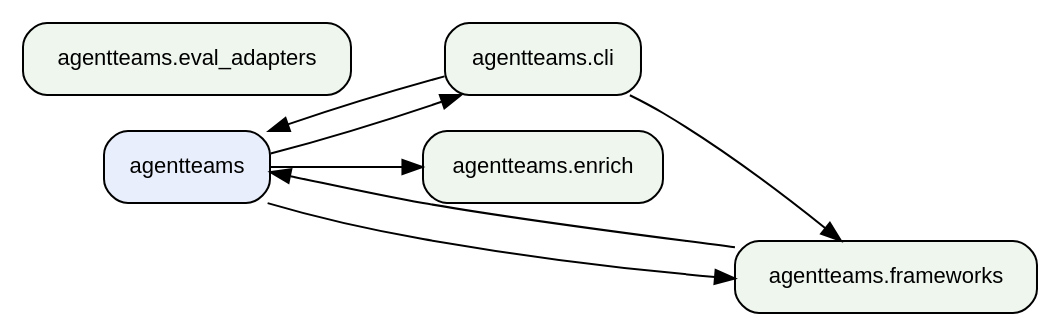
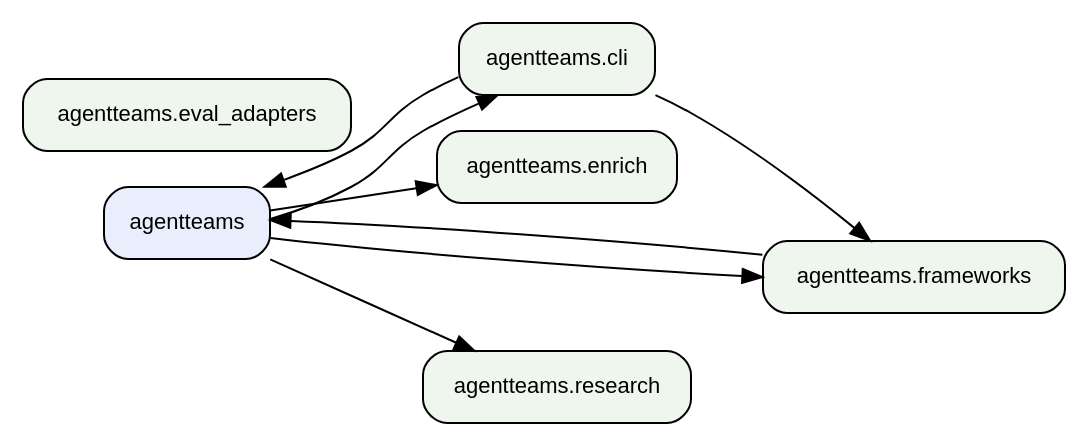
The second of 2 diagrams in references/architecture-graph.md (jlcatonjr/agentteams), drawn with Graphviz before and after one commit. The commit also changed other lines of this file and 21 other files, not shown here.

````diff
--- a/references/architecture-graph.md
+++ b/references/architecture-graph.md
@@ -175,18 +184,20 @@
 ```dot
 digraph "agentteams architecture" {
     rankdir=LR;
     node [fontname="Helvetica", fontsize=11, shape=box, style="rounded,filled", fillcolor="#eef6ee"];
     edge [fontsize=9];
     "agentteams" [fillcolor="#e8eefb"];
     "agentteams.cli" [fillcolor="#eef6ee"];
     "agentteams.enrich" [fillcolor="#eef6ee"];
     "agentteams.eval_adapters" [fillcolor="#eef6ee"];
     "agentteams.frameworks" [fillcolor="#eef6ee"];
+    "agentteams.research" [fillcolor="#eef6ee"];
     "agentteams" -> "agentteams.cli";
     "agentteams" -> "agentteams.enrich";
     "agentteams" -> "agentteams.frameworks";
+    "agentteams" -> "agentteams.research";
     "agentteams.cli" -> "agentteams";
     "agentteams.cli" -> "agentteams.frameworks";
     "agentteams.frameworks" -> "agentteams";
 }
 ```
````
